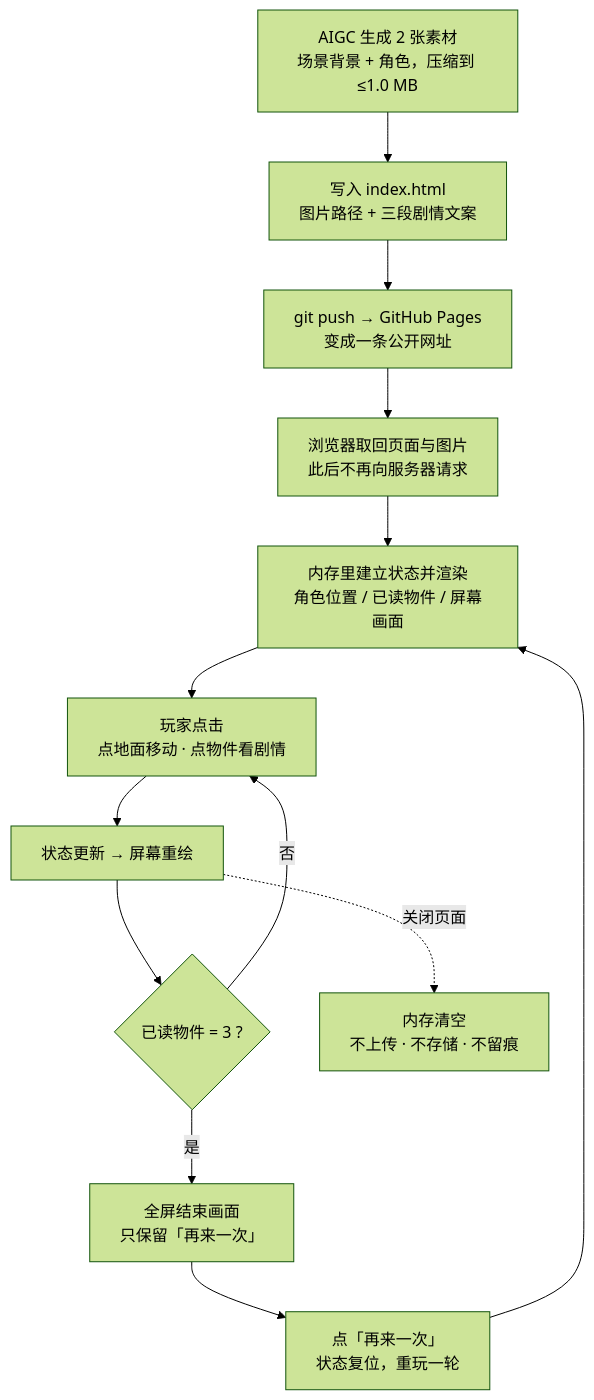
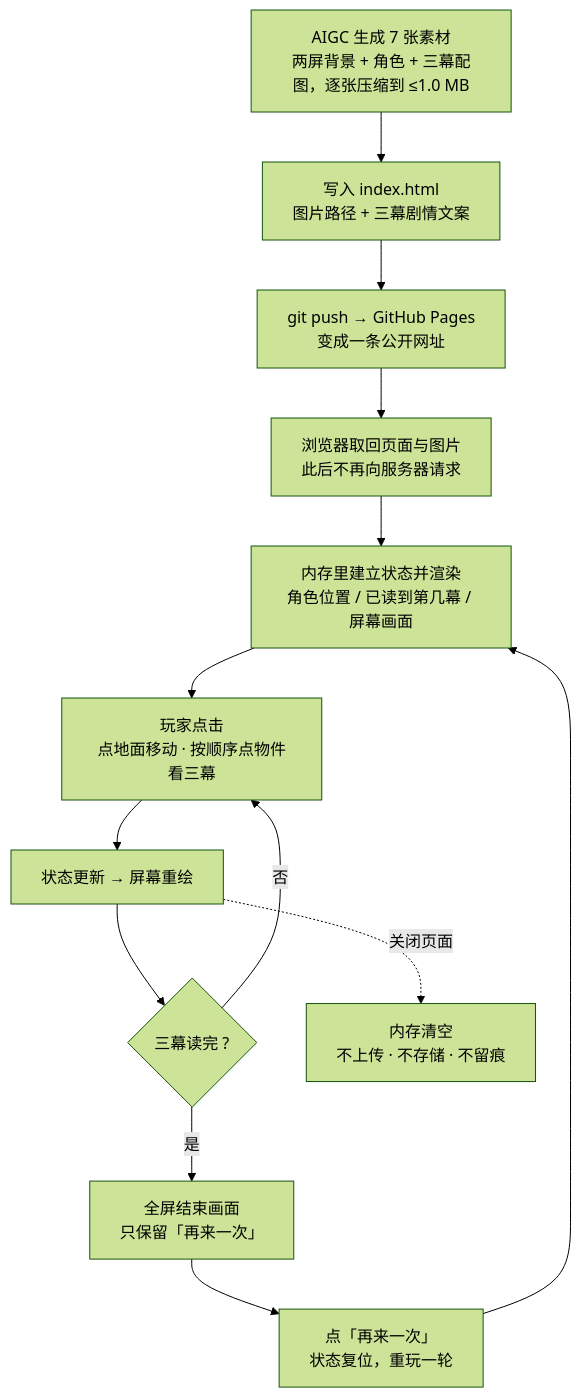
The diagram in TECH_DESIGN.md (Soren-yeyey/Soren2077), drawn with Mermaid (forest theme) before and after one commit. The commit also changed other lines of this file and 3 other files, not shown here.

````diff
--- a/TECH_DESIGN.md
+++ b/TECH_DESIGN.md
@@ -129,15 +143,15 @@
 ```mermaid
 flowchart TD
-    A["AIGC 生成 2 张素材<br/>场景背景 + 角色，压缩到 ≤1.0 MB"] --> B["写入 index.html<br/>图片路径 + 三段剧情文案"]
+    A["AIGC 生成 7 张素材<br/>两屏背景 + 角色 + 三幕配图，逐张压缩到 ≤1.0 MB"] --> B["写入 index.html<br/>图片路径 + 三幕剧情文案"]
     B --> C["git push → GitHub Pages<br/>变成一条公开网址"]
     C --> D["浏览器取回页面与图片<br/>此后不再向服务器请求"]
-    D --> E["内存里建立状态并渲染<br/>角色位置 / 已读物件 / 屏幕画面"]
-    E --> F["玩家点击<br/>点地面移动 · 点物件看剧情"]
+    D --> E["内存里建立状态并渲染<br/>角色位置 / 已读到第几幕 / 屏幕画面"]
+    E --> F["玩家点击<br/>点地面移动 · 按顺序点物件看三幕"]
     F --> G["状态更新 → 屏幕重绘"]
-    G --> H{"已读物件 = 3 ?"}
+    G --> H{"三幕读完 ?"}
     H -- 否 --> F
     H -- 是 --> I["全屏结束画面<br/>只保留「再来一次」"]
     I --> J["点「再来一次」<br/>状态复位，重玩一轮"]
     J --> E
     G -. 关闭页面 .-> K["内存清空<br/>不上传 · 不存储 · 不留痕"]
 ```
````
